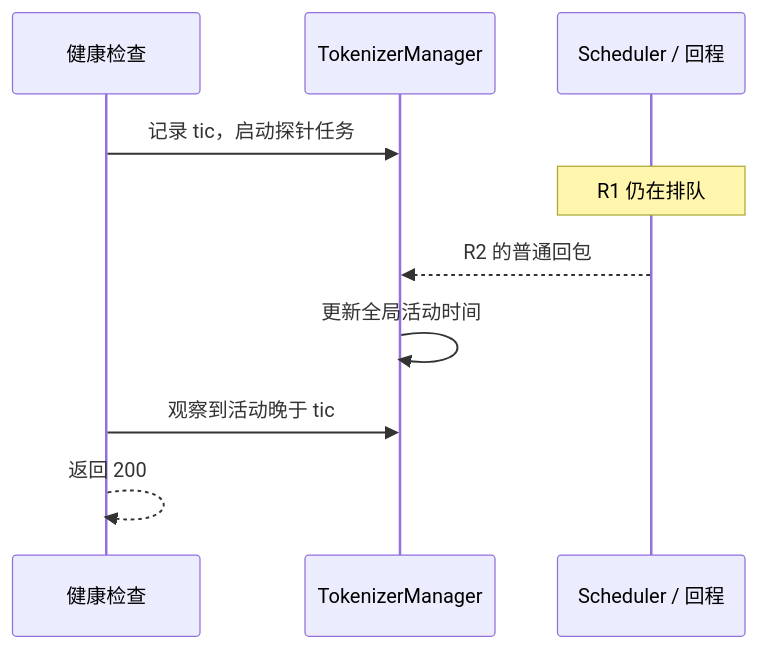
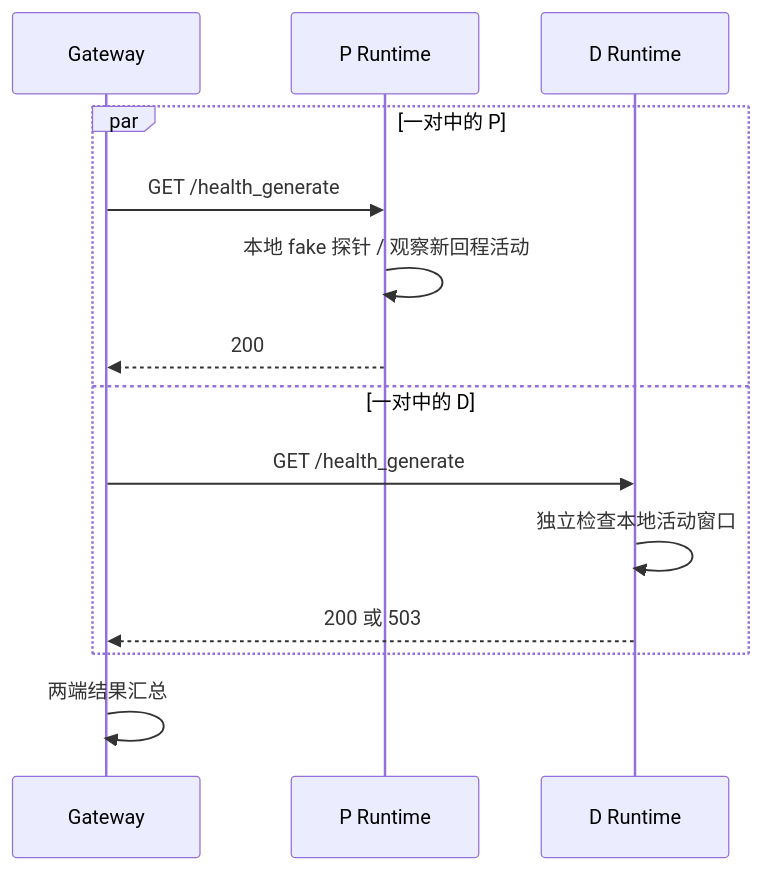
Before and after one commit to Asher-XunZhang/ai-infra-wiki: the second of 3 diagrams in sglang/服务运维/SGLang 服务生命周期与请求治理学习文档.md, drawn with Mermaid. The commit also changed other lines of this file and 11 other files, not shown here.

````diff
--- a/sglang/服务运维/SGLang 服务生命周期与请求治理学习文档.md
+++ b/sglang/服务运维/SGLang 服务生命周期与请求治理学习文档.md
@@ -67,12 +69,16 @@
 ```mermaid
 sequenceDiagram
-    participant H as 健康检查
-    participant T as TokenizerManager
-    participant S as Scheduler / 回程
-    H->>T: 记录 tic，启动探针任务
-    Note over S: R1 仍在排队
-    S-->>T: R2 的普通回包
-    T->>T: 更新全局活动时间
-    H->>T: 观察到活动晚于 tic
-    H-->>H: 返回 200
+    participant G as Gateway
+    participant P as P Runtime
+    participant D as D Runtime
+    par 一对中的 P
+      G->>P: GET /health_generate
+      P->>P: 本地 fake 探针 / 观察新回程活动
+      P-->>G: 200
+    and 一对中的 D
+      G->>D: GET /health_generate
+      D->>D: 独立检查本地活动窗口
+      D-->>G: 200 或 503
+    end
+    G->>G: 两端结果汇总
 ```
````
